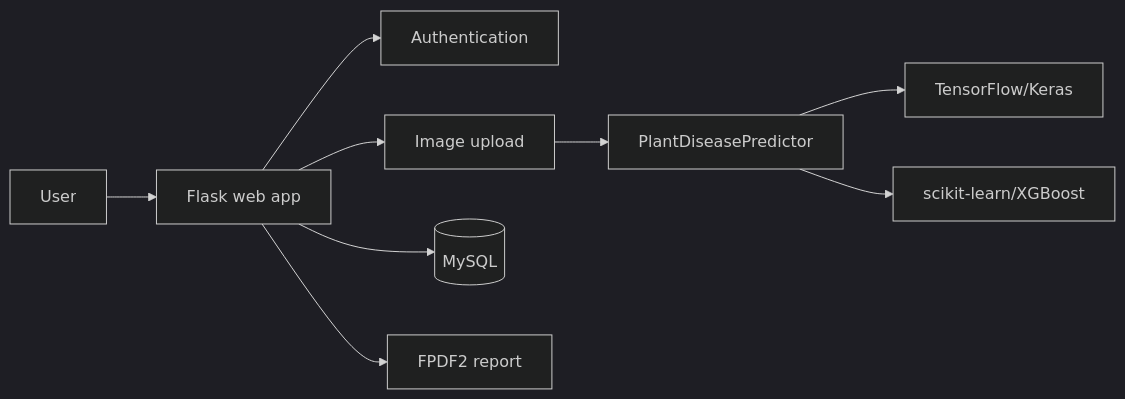
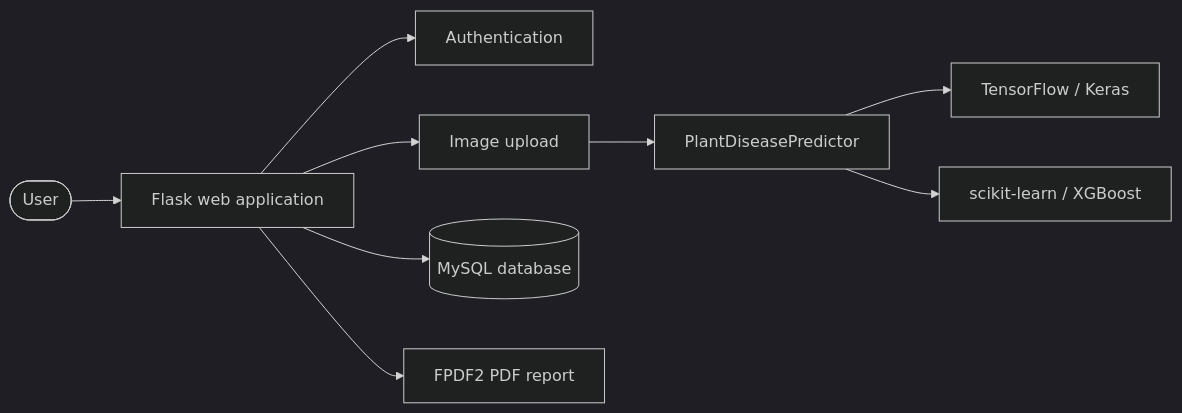
One commit to dhanushmaranii2604/plant-disease-detection changed the diagram in README.md. Above: the diagram before and after it, drawn with Mermaid (dark theme). The commit also changed other lines of this file, not shown here.

````diff
--- a/README.md
+++ b/README.md
@@ -64,11 +91,11 @@
 ```mermaid
 flowchart LR
-    User --> Flask[Flask web app]
+    User([User]) --> Flask[Flask web application]
     Flask --> Auth[Authentication]
     Flask --> Upload[Image upload]
     Upload --> Predictor[PlantDiseasePredictor]
-    Predictor --> DL[TensorFlow/Keras]
-    Predictor --> ML[scikit-learn/XGBoost]
-    Flask --> MySQL[(MySQL)]
-    Flask --> PDF[FPDF2 report]
+    Predictor --> DL[TensorFlow / Keras]
+    Predictor --> ML[scikit-learn / XGBoost]
+    Flask --> MySQL[(MySQL database)]
+    Flask --> PDF[FPDF2 PDF report]
 ```
````
